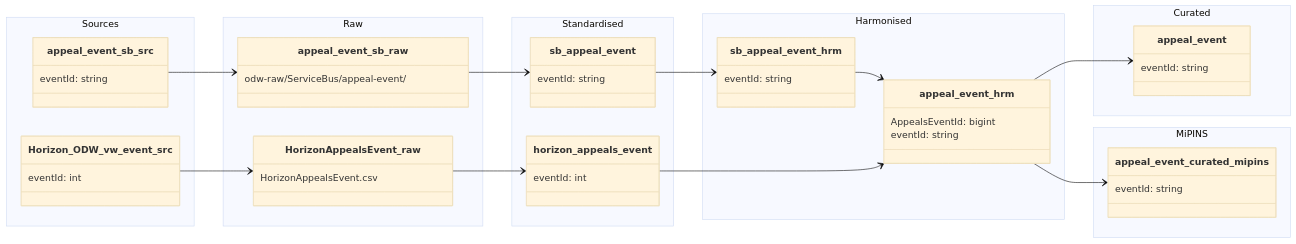
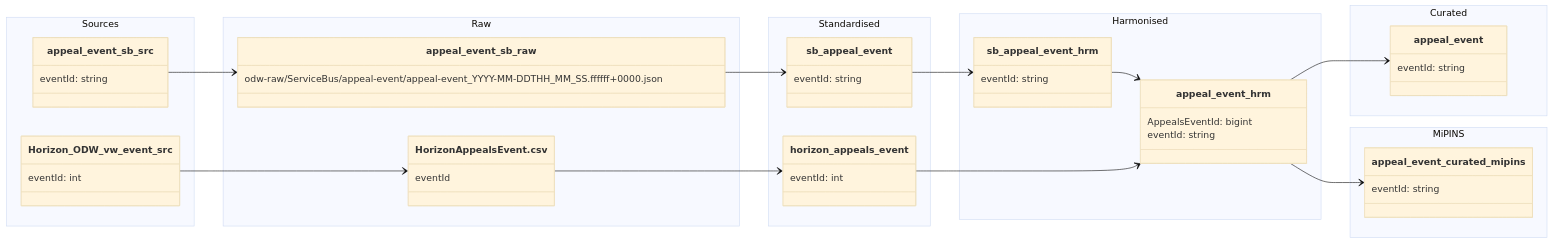
The diagram in data-models/appeal-event.md (Planning-Inspectorate/odw-synapse-workspace), drawn with Mermaid (base theme) before and after one commit.

````diff
--- a/data-models/appeal-event.md
+++ b/data-models/appeal-event.md
@@ -8,78 +8,78 @@
 ```mermaid
 classDiagram
 
     direction LR
 
     namespace Sources {
 
         class appeal_event_sb_src {
             eventId: string
         }
 
         class Horizon_ODW_vw_event_src {
             eventId: int
         }
     }
 
     namespace Raw {
 
         class appeal_event_sb_raw {
-            odw-raw/ServiceBus/appeal-event/
+            odw-raw/ServiceBus/appeal-event/appeal-event_YYYY-MM-DDTHH_MM_SS.ffffff+0000.json
         }
 
-        class HorizonAppealsEvent_raw {
-            HorizonAppealsEvent.csv
+        class HorizonAppealsEvent.csv {
+            eventId
         }
     }
 
     namespace Standardised {
 
         class sb_appeal_event {
             eventId: string
         }
 
         class horizon_appeals_event {
             eventId: int
         }
     }
 
     namespace Harmonised {
 
         class sb_appeal_event_hrm {
             eventId: string
         }
 
         class appeal_event_hrm {
             AppealsEventId: bigint
             eventId: string
         }
     }
 
     namespace Curated {
 
         class appeal_event {
             eventId: string
         }
     }
 
     namespace MiPINS {
 
         class appeal_event_curated_mipins {
             eventId: string
         }
     }
 
     appeal_event_sb_src --> appeal_event_sb_raw
     appeal_event_sb_raw --> sb_appeal_event
     sb_appeal_event --> sb_appeal_event_hrm
 
-    Horizon_ODW_vw_event_src --> HorizonAppealsEvent_raw
-    HorizonAppealsEvent_raw --> horizon_appeals_event
+    Horizon_ODW_vw_event_src --> HorizonAppealsEvent.csv
+    HorizonAppealsEvent.csv --> horizon_appeals_event
 
     sb_appeal_event_hrm --> appeal_event_hrm
     horizon_appeals_event --> appeal_event_hrm
 
     appeal_event_hrm --> appeal_event
 
     appeal_event_hrm --> appeal_event_curated_mipins
 ```
````
